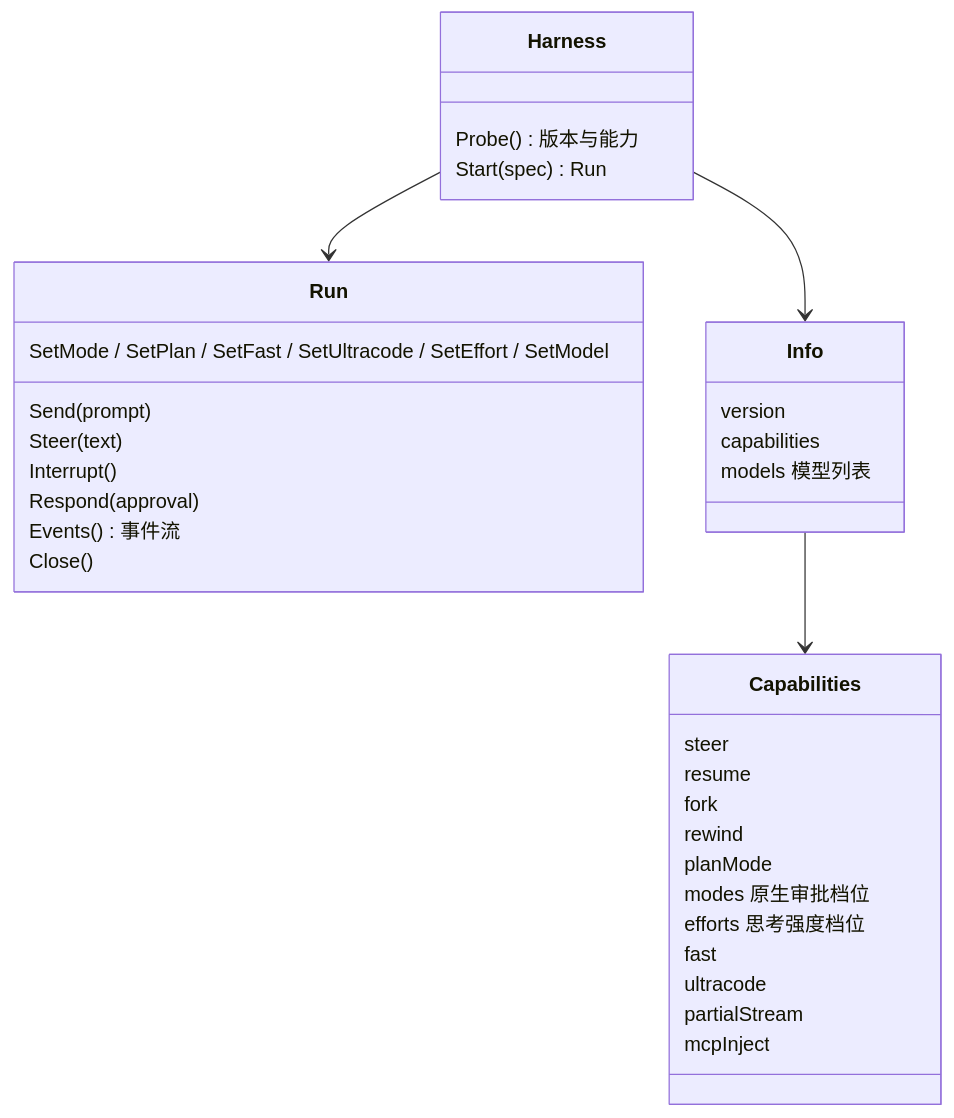
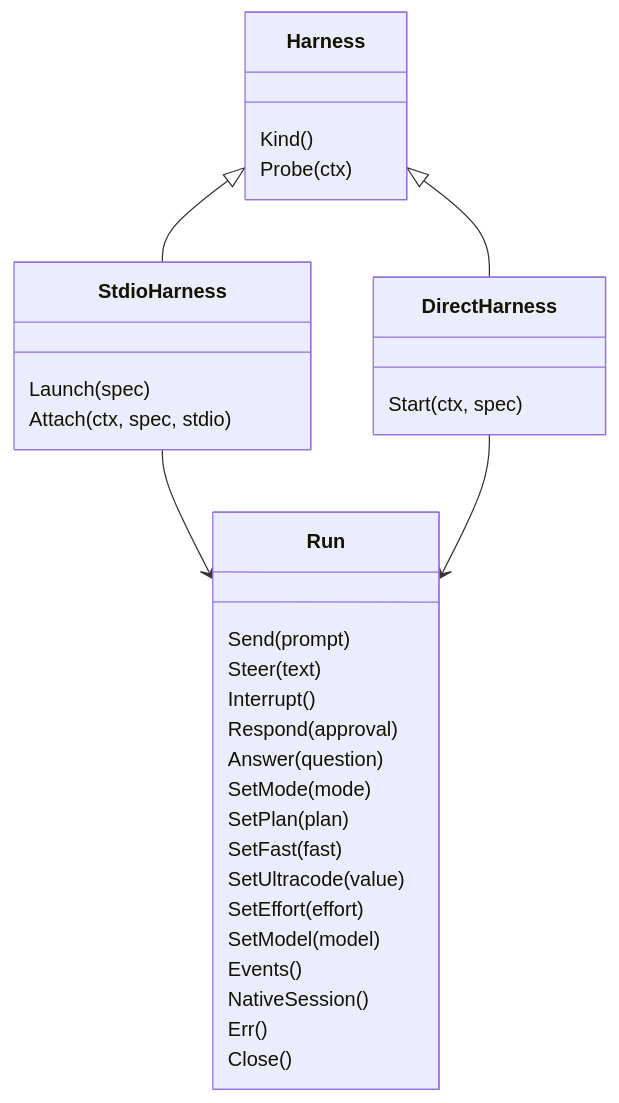
Before and after one commit to yangflow/hoplet: the second of 2 diagrams in docs/design/0003-agent-driving.md, drawn with Mermaid. The commit also changed other lines of this file and 26 other files, not shown here.

Commit message:
docs(design): align designs and roadmap with implementation

````diff
--- a/docs/design/0003-agent-driving.md
+++ b/docs/design/0003-agent-driving.md
@@ -45,37 +35,35 @@
 ```mermaid
 classDiagram
     class Harness {
-        Probe() 版本与能力
-        Start(spec) Run
+        Kind()
+        Probe(ctx)
+    }
+    class StdioHarness {
+        Launch(spec)
+        Attach(ctx, spec, stdio)
+    }
+    class DirectHarness {
+        Start(ctx, spec)
     }
     class Run {
         Send(prompt)
         Steer(text)
         Interrupt()
         Respond(approval)
-        SetMode / SetPlan / SetFast / SetUltracode / SetEffort / SetModel
-        Events() 事件流
+        Answer(question)
+        SetMode(mode)
+        SetPlan(plan)
+        SetFast(fast)
+        SetUltracode(value)
+        SetEffort(effort)
+        SetModel(model)
+        Events()
+        NativeSession()
+        Err()
         Close()
     }
-    class Capabilities {
-        steer
-        resume
-        fork
-        rewind
-        planMode
-        modes 原生审批档位
-        efforts 思考强度档位
-        fast
-        ultracode
-        partialStream
-        mcpInject
-    }
-    class Info {
-        version
-        capabilities
-        models 模型列表
-    }
-    Harness --> Run
-    Harness --> Info
-    Info --> Capabilities
+    Harness <|-- StdioHarness
+    Harness <|-- DirectHarness
+    StdioHarness --> Run
+    DirectHarness --> Run
 ```
````
